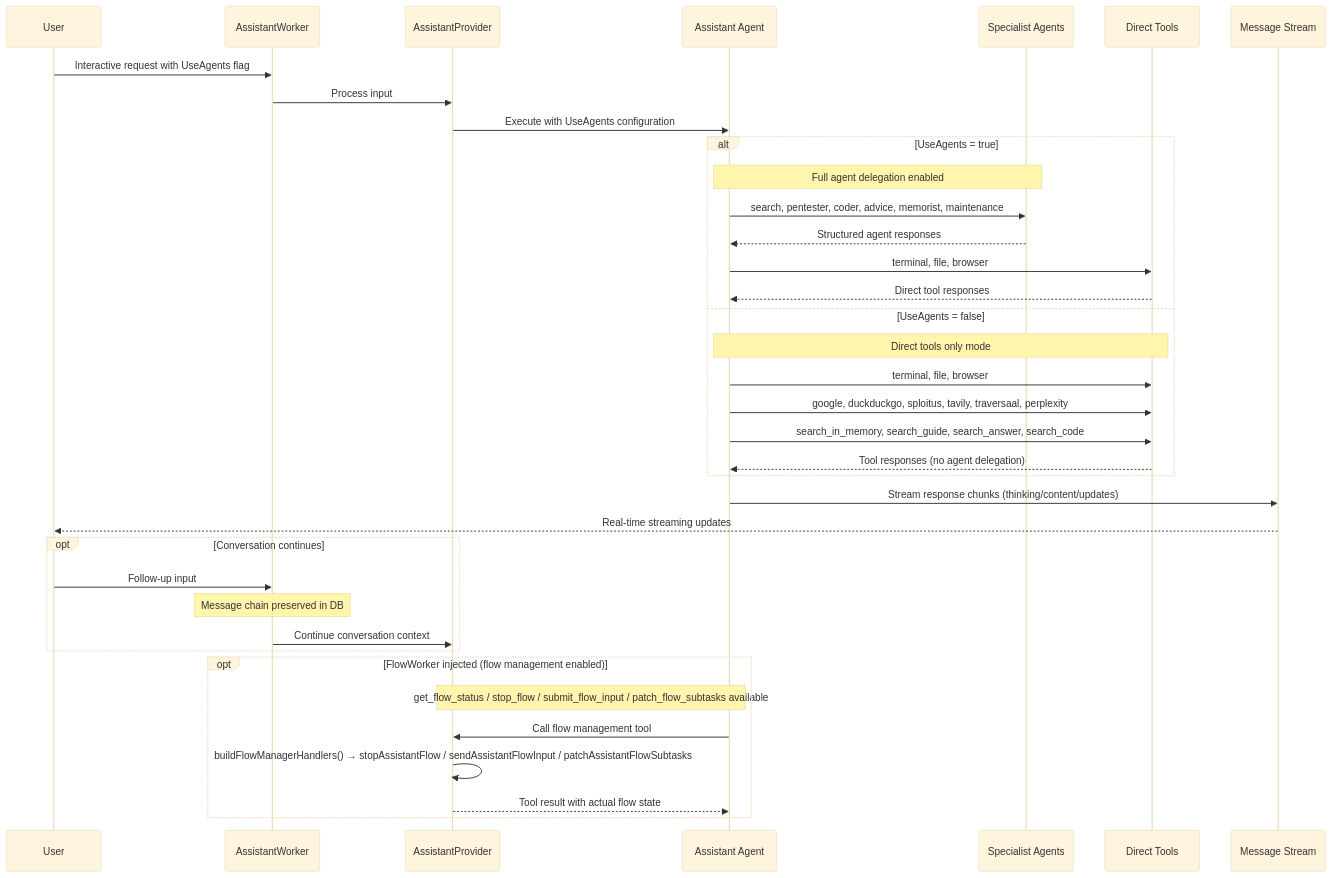
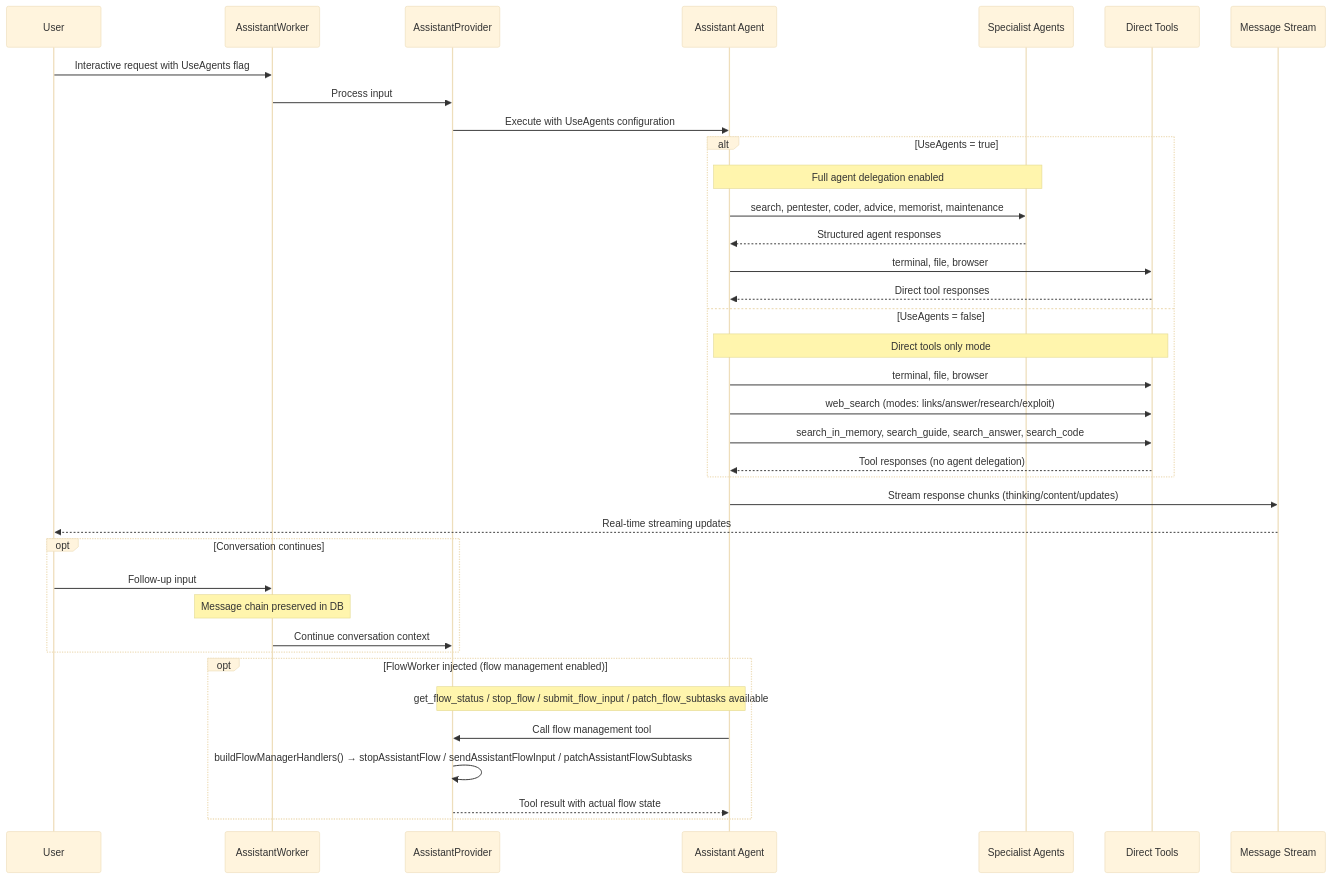
One commit to vxcontrol/pentagi changed the third of 10 diagrams in backend/docs/flow_execution.md. Above: the diagram before and after it, drawn with Mermaid (base theme). The commit also changed other lines of this file and 58 other files, not shown here.

First line of the commit message:
feat(search): introduce internal analytics engine for web search

````diff
--- a/backend/docs/flow_execution.md
+++ b/backend/docs/flow_execution.md
@@ -287,44 +280,44 @@
 ```mermaid
 sequenceDiagram
     participant U as User
     participant AW as AssistantWorker
     participant AP as AssistantProvider
     participant AA as Assistant Agent
     participant Specialists as Specialist Agents
     participant DirectTools as Direct Tools
     participant Stream as Message Stream
     
     U->>AW: Interactive request with UseAgents flag
     AW->>AP: Process input
     AP->>AA: Execute with UseAgents configuration
     
     alt UseAgents = true
         Note over AA,Specialists: Full agent delegation enabled
         AA->>Specialists: search, pentester, coder, advice, memorist, maintenance
         Specialists-->>AA: Structured agent responses
         AA->>DirectTools: terminal, file, browser
         DirectTools-->>AA: Direct tool responses
     else UseAgents = false
         Note over AA,DirectTools: Direct tools only mode  
         AA->>DirectTools: terminal, file, browser
-        AA->>DirectTools: google, duckduckgo, sploitus, tavily, traversaal, perplexity
+        AA->>DirectTools: web_search (modes: links/answer/research/exploit)
         AA->>DirectTools: search_in_memory, search_guide, search_answer, search_code
         DirectTools-->>AA: Tool responses (no agent delegation)
     end
     
     AA->>Stream: Stream response chunks (thinking/content/updates)
     Stream-->>U: Real-time streaming updates
     
     opt Conversation continues
         U->>AW: Follow-up input
         Note over AW: Message chain preserved in DB
         AW->>AP: Continue conversation context
     end
     
     opt FlowWorker injected (flow management enabled)
         Note over AP,AA: get_flow_status / stop_flow / submit_flow_input / patch_flow_subtasks available
         AA->>AP: Call flow management tool
         AP->>AP: buildFlowManagerHandlers() → stopAssistantFlow / sendAssistantFlowInput / patchAssistantFlowSubtasks
         AP-->>AA: Tool result with actual flow state
     end
 ```
````
